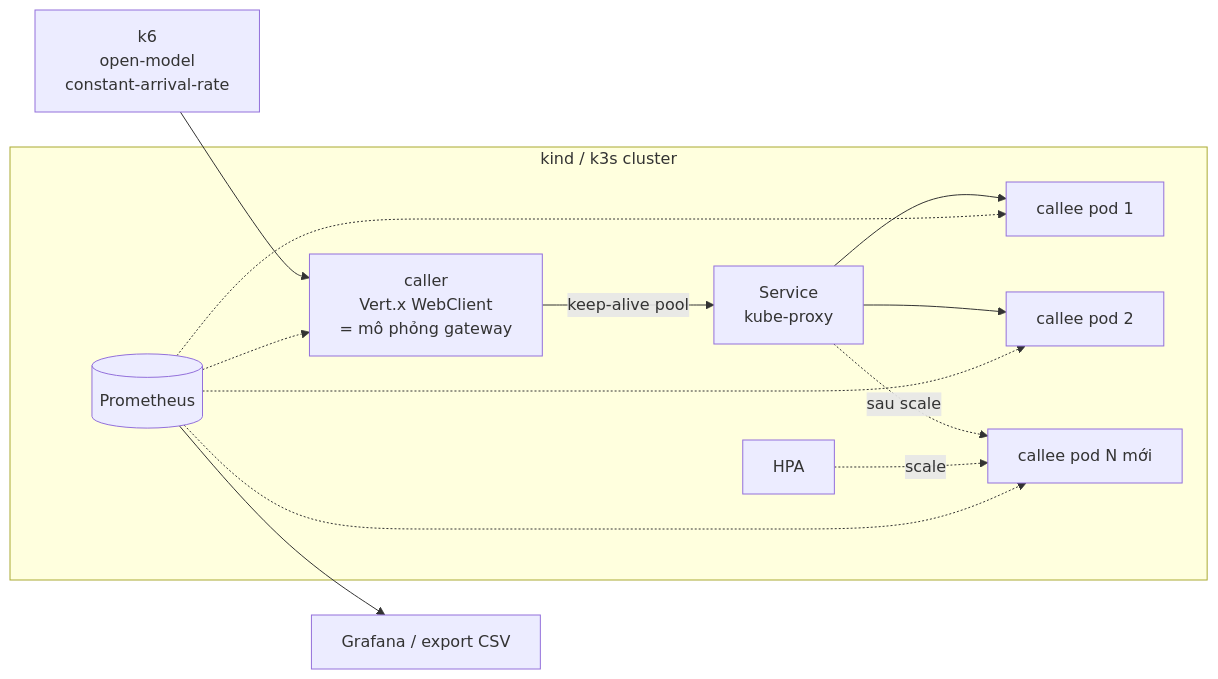
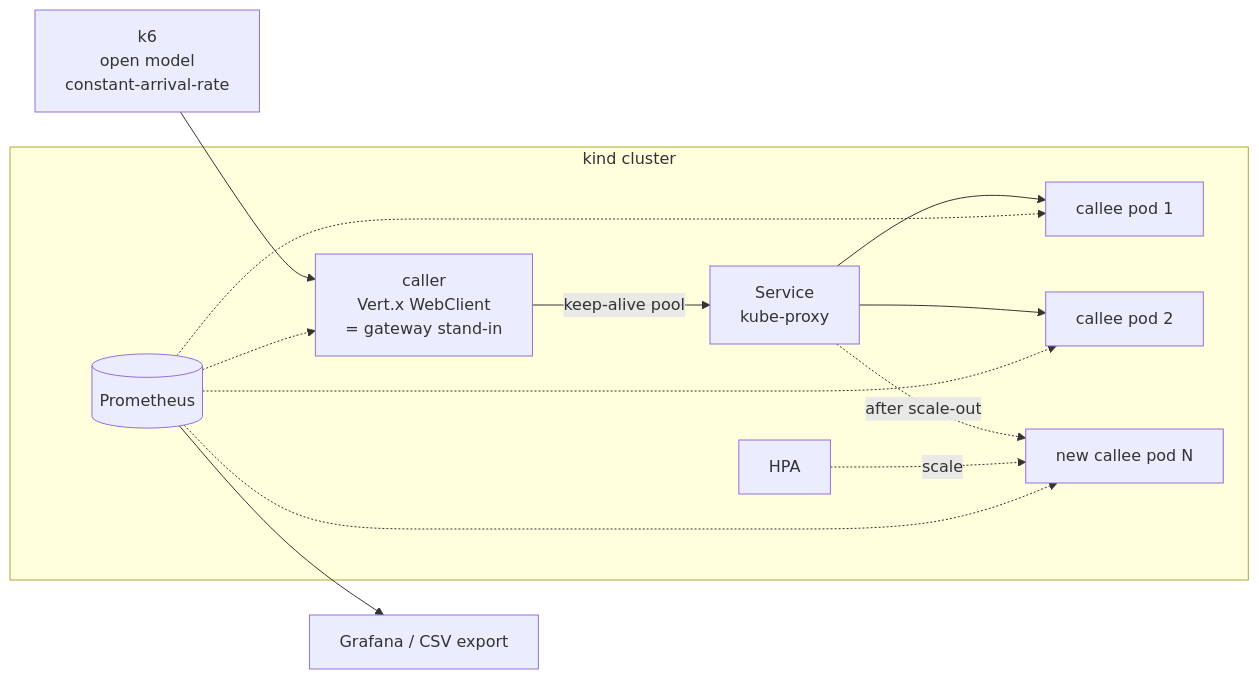
Before and after one commit to tructxn/scale-out-lab: the diagram in README.md, drawn with Mermaid. The commit also changed other lines of this file, not shown here.

````diff
--- a/README.md
+++ b/README.md
@@ -26,13 +28,13 @@
 ```mermaid
 flowchart LR
-    LG[k6<br/>open-model<br/>constant-arrival-rate] --> CALLER
-    subgraph K8s["kind / k3s cluster"]
-        CALLER[caller<br/>Vert.x WebClient<br/>= mô phỏng gateway] -->|keep-alive pool| SVC[Service<br/>kube-proxy]
+    LG[k6<br/>open model<br/>constant-arrival-rate] --> CALLER
+    subgraph K8s["kind cluster"]
+        CALLER[caller<br/>Vert.x WebClient<br/>= gateway stand-in] -->|keep-alive pool| SVC[Service<br/>kube-proxy]
         SVC --> P1[callee pod 1]
         SVC --> P2[callee pod 2]
-        SVC -.->|sau scale| PN[callee pod N mới]
+        SVC -.->|after scale-out| PN[new callee pod N]
         HPA[HPA] -.->|scale| PN
         PROM[(Prometheus)] -.-> P1 & P2 & PN & CALLER
     end
-    PROM --> G[Grafana / export CSV]
+    PROM --> G[Grafana / CSV export]
 ```
````
